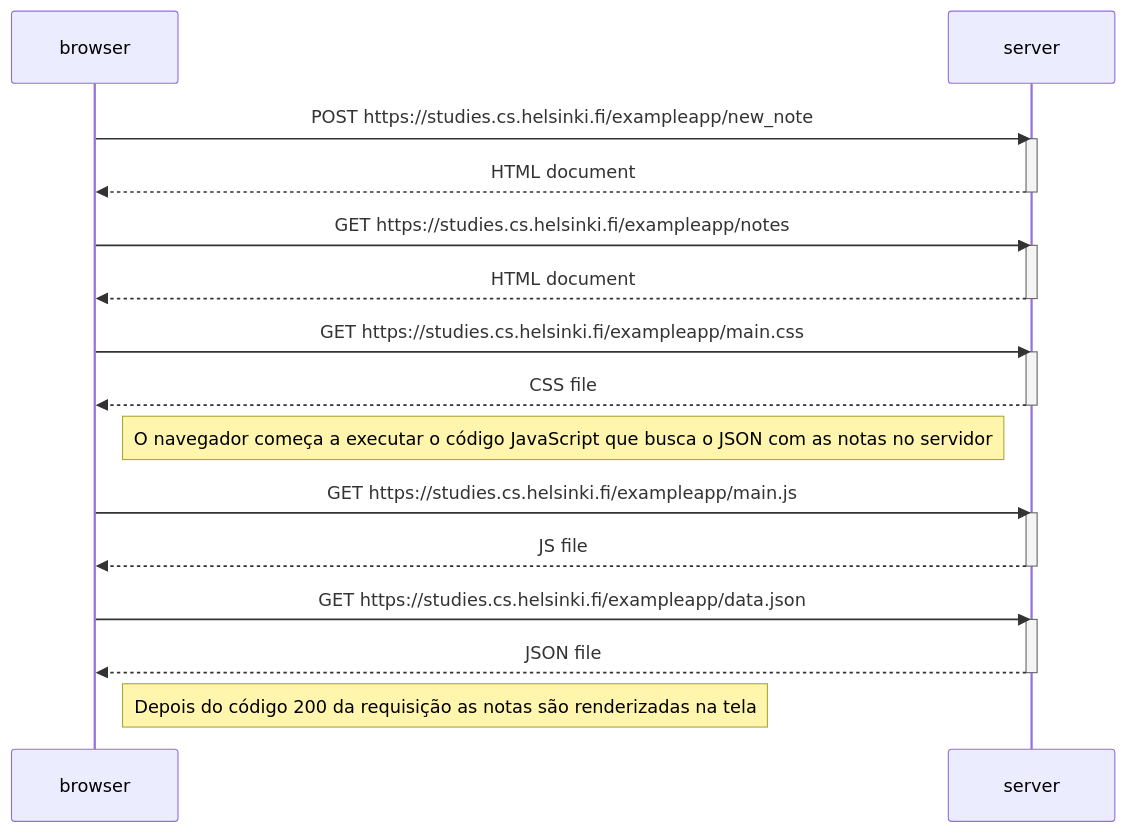
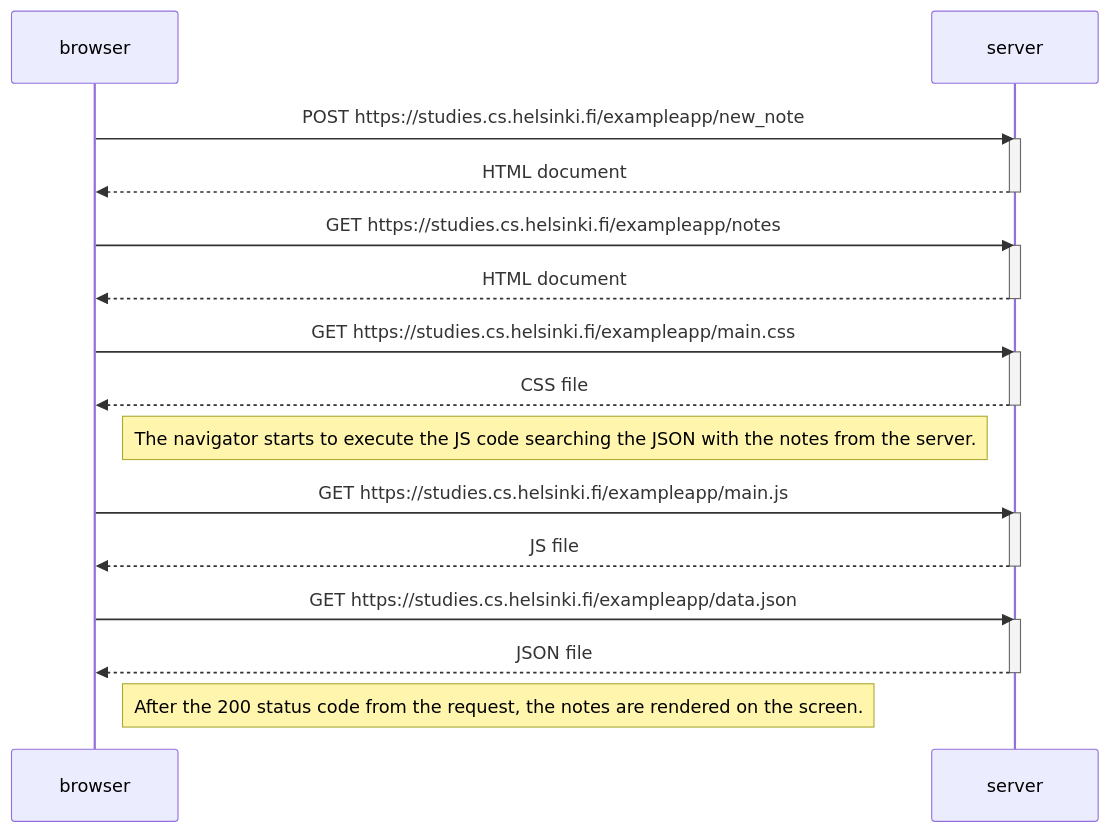
Before and after one commit to cleidianeloy/fullstackopen: the diagram in part0/0_4.mmd, drawn with Mermaid. The commit also changed 2 other files, not shown here.

Commit message:
updating the mmd notes to english

```diff
--- a/part0/0_4.mmd
+++ b/part0/0_4.mmd
@@ -1,34 +1,34 @@
 sequenceDiagram
     participant browser
     participant server
 
     browser->>server: POST https://studies.cs.helsinki.fi/exampleapp/new_note
     activate server
     server-->>browser: HTML document
     deactivate server
 
     browser->>server: GET https://studies.cs.helsinki.fi/exampleapp/notes
     activate server
     server-->>browser: HTML document
     deactivate server
 
     browser->>server: GET https://studies.cs.helsinki.fi/exampleapp/main.css
     activate server
     server-->>browser: CSS file
     deactivate server
 
  
 
-    Note right of browser: O navegador começa a executar o código JavaScript que busca o JSON com as notas no servidor
+    Note right of browser: The navigator starts to execute the JS code searching the JSON with the notes from the server.
 
     browser->>server: GET https://studies.cs.helsinki.fi/exampleapp/main.js
     activate server
     server-->>browser: JS file
     deactivate server
 
     browser->>server: GET https://studies.cs.helsinki.fi/exampleapp/data.json
     activate server
     server-->>browser: JSON file
     deactivate server
 
-    Note right of browser: Depois do código 200 da requisição as notas são renderizadas na tela
+    Note right of browser: After the 200 status code from the request, the notes are rendered on the screen.
```
